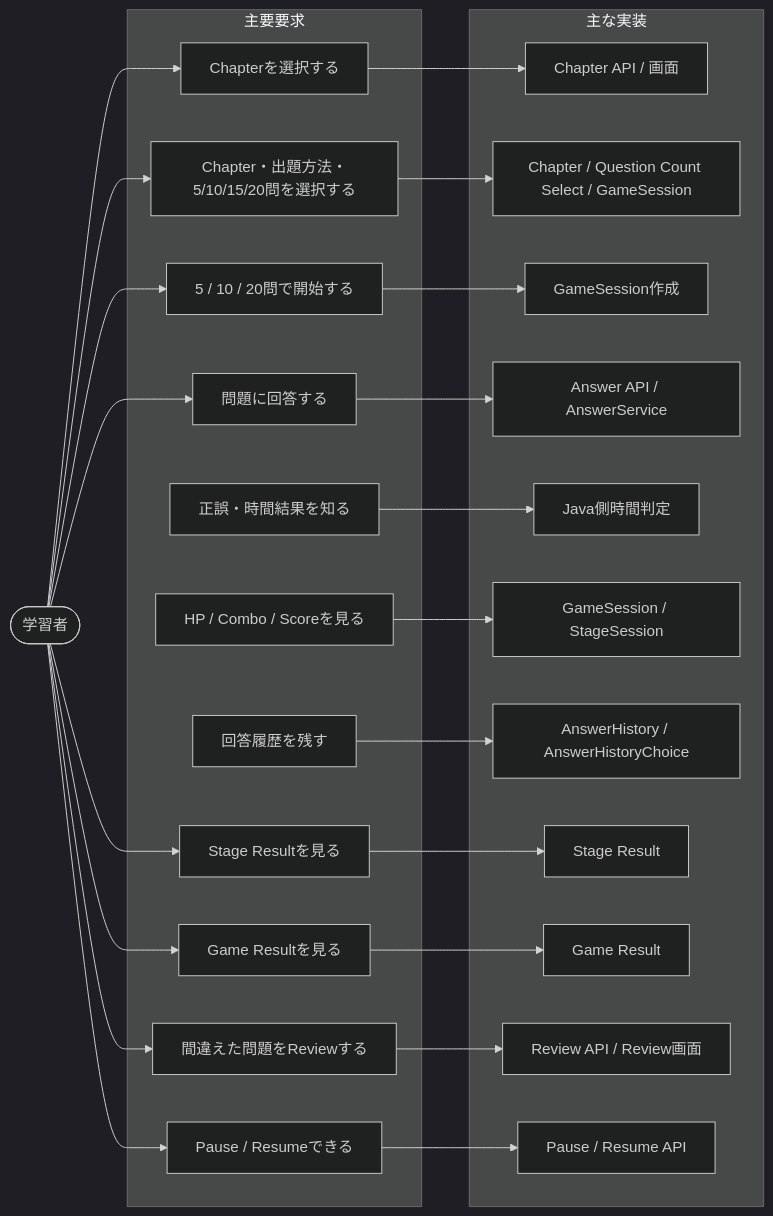
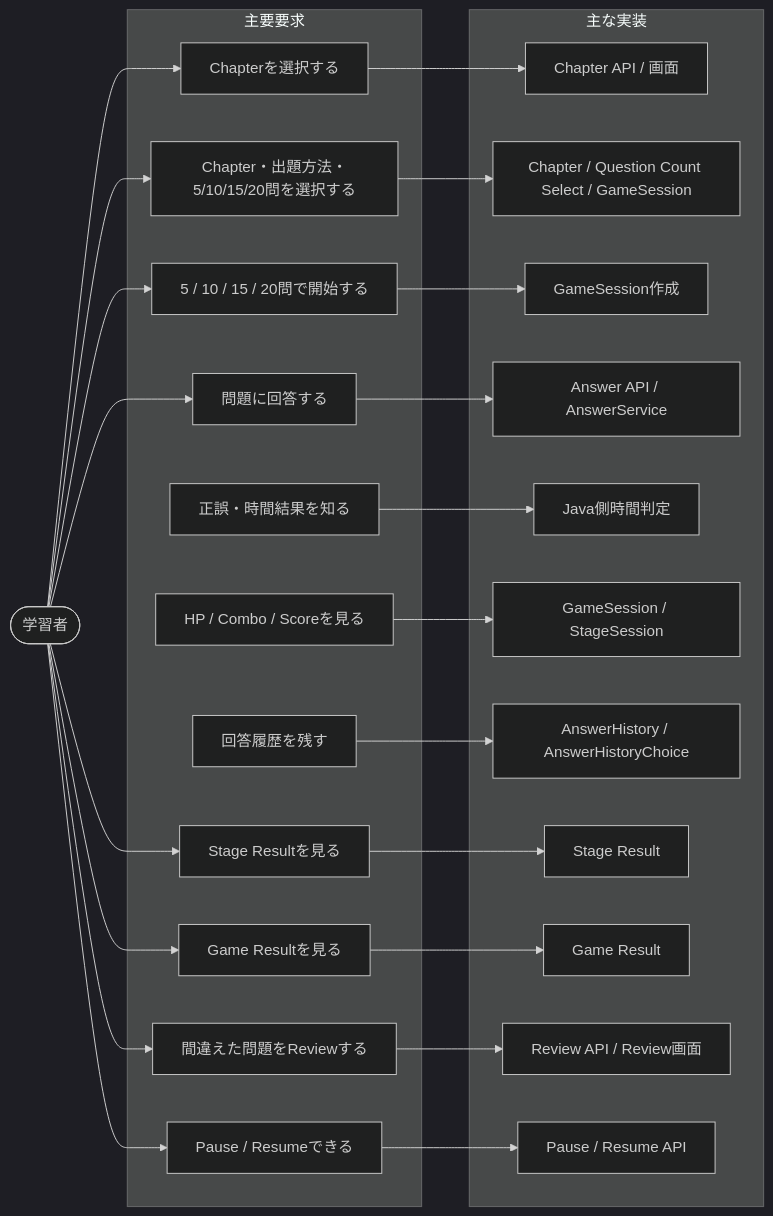
Diagram 16 of 29 in README.md (suu-dev-0203/graduation_JAVAgame), drawn with Mermaid (dark theme) before and after one commit. The commit also changed other lines of this file and 1 other file, not shown here.

````diff
--- a/README.md
+++ b/README.md
@@ -759,46 +761,46 @@
 ```mermaid
 flowchart LR
     U([学習者])
 
     subgraph REQ[主要要求]
         R1[Chapterを選択する]
         R2[Chapter・出題方法・5/10/15/20問を選択する]
-        R3[5 / 10 / 20問で開始する]
+        R3[5 / 10 / 15 / 20問で開始する]
         R4[問題に回答する]
         R5[正誤・時間結果を知る]
         R6[HP / Combo / Scoreを見る]
         R7[回答履歴を残す]
         R8[Stage Resultを見る]
         R9[Game Resultを見る]
         R10[間違えた問題をReviewする]
         R11[Pause / Resumeできる]
     end
 
     subgraph IMPL[主な実装]
         I1[Chapter API / 画面]
         I2[Chapter / Question Count Select / GameSession]
         I3[GameSession作成]
         I4[Answer API / AnswerService]
         I5[Java側時間判定]
         I6[GameSession / StageSession]
         I7[AnswerHistory / AnswerHistoryChoice]
         I8[Stage Result]
         I9[Game Result]
         I10[Review API / Review画面]
         I11[Pause / Resume API]
     end
 
     U --> R1 & R2 & R3 & R4 & R8 & R9 & R10 & R11
     R1 --> I1
     R2 --> I2
     R3 --> I3
     R4 --> I4
     R5 --> I5
     R6 --> I6
     R7 --> I7
     R8 --> I8
     R9 --> I9
     R10 --> I10
     R11 --> I11
 
 ```
````
